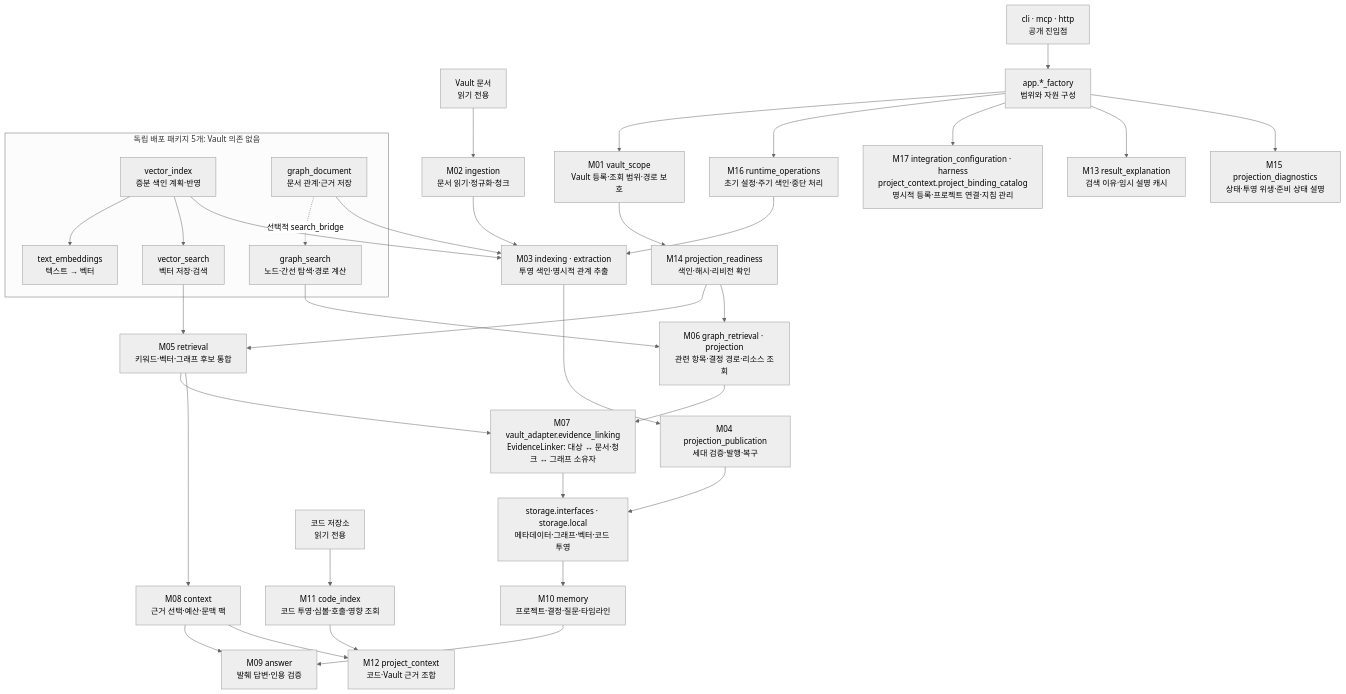
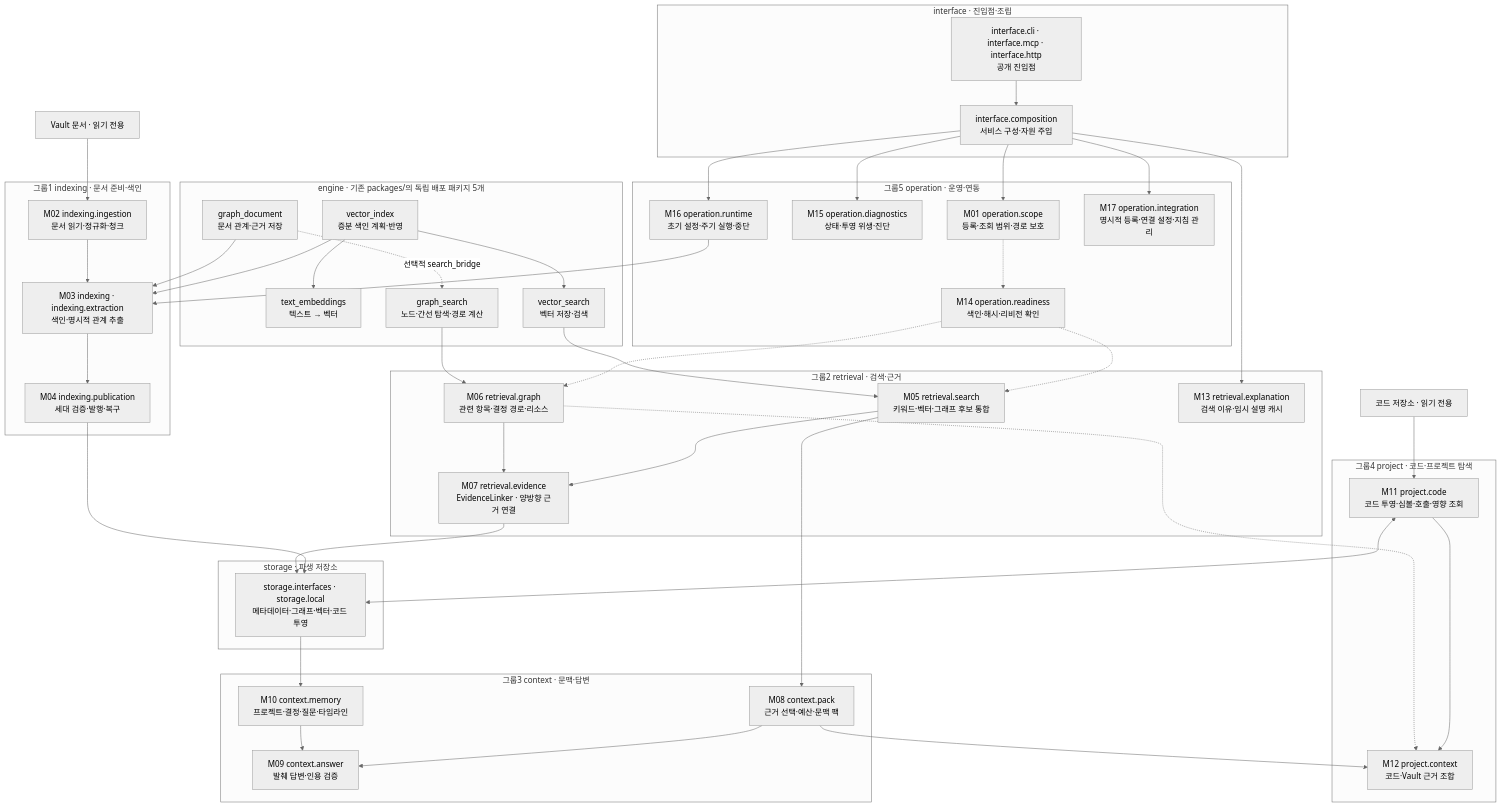
Before and after one commit to cutehackers/vault-graph: the diagram in docs/design/reports/2026-10-15-modularization-completion-ko.md, drawn with Mermaid (neutral theme). The commit also changed other lines of this file and 354 other files, not shown here.

````diff
--- a/docs/design/reports/2026-10-15-modularization-completion-ko.md
+++ b/docs/design/reports/2026-10-15-modularization-completion-ko.md
@@ -41,30 +54,55 @@
 ```mermaid
 flowchart TB
-    SOURCE["Vault 문서<br/>읽기 전용"] --> INGEST["M02 ingestion<br/>문서 읽기·정규화·청크"]
-    INGEST --> INDEX["M03 indexing · extraction<br/>투영 색인·명시적 관계 추출"]
-    INDEX --> PUBLISH["M04 projection_publication<br/>세대 검증·발행·복구"]
-    PUBLISH --> DATA["storage.interfaces · storage.local<br/>메타데이터·그래프·벡터·코드 투영"]
-    ENTRY["cli · mcp · http<br/>공개 진입점"] --> ROOT["app.*_factory<br/>범위와 자원 구성"]
-    ROOT --> SCOPE["M01 vault_scope<br/>Vault 등록·조회 범위·경로 보호"]
-    SCOPE --> READY["M14 projection_readiness<br/>색인·해시·리비전 확인"]
-    READY --> SEARCH["M05 retrieval<br/>키워드·벡터·그래프 후보 통합"]
-    READY --> GRAPH["M06 graph_retrieval · projection<br/>관련 항목·결정 경로·리소스 조회"]
-    SEARCH --> LINK["M07 vault_adapter.evidence_linking<br/>EvidenceLinker: 대상 ↔ 문서·청크 ↔ 그래프 소유자"]
-    GRAPH --> LINK
-    LINK --> DATA
-    SEARCH --> CONTEXT["M08 context<br/>근거 선택·예산·문맥 팩"]
-    DATA --> MEMORY["M10 memory<br/>프로젝트·결정·질문·타임라인"]
-    CONTEXT --> ANSWER["M09 answer<br/>발췌 답변·인용 검증"]
-    MEMORY --> ANSWER
-    REPO["코드 저장소<br/>읽기 전용"] --> CODE["M11 code_index<br/>코드 투영·심볼·호출·영향 조회"]
-    CODE --> PROJECT["M12 project_context<br/>코드·Vault 근거 조합"]
-    CONTEXT --> PROJECT
-    ROOT --> OPS["M16 runtime_operations<br/>초기 설정·주기 색인·중단 처리"]
-    ROOT --> CONFIG["M17 integration_configuration · harness<br/>project_context.project_binding_catalog<br/>명시적 등록·프로젝트 연결·지침 관리"]
-    OPS --> INDEX
-    ROOT --> EXPLAIN["M13 result_explanation<br/>검색 이유·임시 설명 캐시"]
-    ROOT --> DIAG["M15 projection_diagnostics<br/>상태·투영 위생·준비 상태 설명"]
-    subgraph PACKAGES["독립 배포 패키지 5개: Vault 의존 없음"]
+    subgraph INTERFACES["interface · 진입점·조립"]
+        ENTRY["interface.cli · interface.mcp · interface.http<br/>공개 진입점"] --> ROOT["interface.composition<br/>서비스 구성·자원 주입"]
+    end
+
+    SOURCE["Vault 문서 · 읽기 전용"]
+    REPO["코드 저장소 · 읽기 전용"]
+
+    subgraph DOCUMENT["그룹1 indexing · 문서 준비·색인"]
+        INGEST["M02 indexing.ingestion<br/>문서 읽기·정규화·청크"]
+        INDEX["M03 indexing · indexing.extraction<br/>색인·명시적 관계 추출"]
+        PUBLISH["M04 indexing.publication<br/>세대 검증·발행·복구"]
+        INGEST --> INDEX --> PUBLISH
+    end
+
+    subgraph RETRIEVAL["그룹2 retrieval · 검색·근거"]
+        SEARCH["M05 retrieval.search<br/>키워드·벡터·그래프 후보 통합"]
+        GRAPH["M06 retrieval.graph<br/>관련 항목·결정 경로·리소스"]
+        LINK["M07 retrieval.evidence<br/>EvidenceLinker · 양방향 근거 연결"]
+        EXPLAIN["M13 retrieval.explanation<br/>검색 이유·임시 설명 캐시"]
+        SEARCH --> LINK
+        GRAPH --> LINK
+    end
+
+    subgraph CONTEXT_GROUP["그룹3 context · 문맥·답변"]
+        CONTEXT["M08 context.pack<br/>근거 선택·예산·문맥 팩"]
+        MEMORY["M10 context.memory<br/>프로젝트·결정·질문·타임라인"]
+        ANSWER["M09 context.answer<br/>발췌 답변·인용 검증"]
+        CONTEXT --> ANSWER
+        MEMORY --> ANSWER
+    end
+
+    subgraph PROJECT_GROUP["그룹4 project · 코드·프로젝트 탐색"]
+        CODE["M11 project.code<br/>코드 투영·심볼·호출·영향 조회"]
+        PROJECT["M12 project.context<br/>코드·Vault 근거 조합"]
+        CODE --> PROJECT
+    end
+
+    subgraph OPERATIONS["그룹5 operation · 운영·연동"]
+        SCOPE["M01 operation.scope<br/>등록·조회 범위·경로 보호"]
+        READY["M14 operation.readiness<br/>색인·해시·리비전 확인"]
+        DIAG["M15 operation.diagnostics<br/>상태·투영 위생·진단"]
+        OPS["M16 operation.runtime<br/>초기 설정·주기 실행·중단"]
+        CONFIG["M17 operation.integration<br/>명시적 등록·연결 설정·지침 관리"]
+    end
+
+    subgraph STORAGE["storage · 파생 저장소"]
+        DATA["storage.interfaces · storage.local<br/>메타데이터·그래프·벡터·코드 투영"]
+    end
+
+    subgraph PACKAGES["engine · 기존 packages/의 독립 배포 패키지 5개"]
         TE["text_embeddings<br/>텍스트 → 벡터"]
         VS["vector_search<br/>벡터 저장·검색"]
         VI["vector_index<br/>증분 색인 계획·반영"]
@@ -74,6 +112,25 @@
         VI --> VS
         GD -. "선택적 search_bridge" .-> GS
     end
+
+    SOURCE --> INGEST
+    REPO --> CODE
+    PUBLISH --> DATA
+    DATA --> MEMORY
+    CODE <--> DATA
+    ROOT --> SCOPE
+    SCOPE -.-> READY
+    READY -.-> SEARCH
+    READY -.-> GRAPH
+    ROOT --> OPS
+    ROOT --> CONFIG
+    ROOT --> DIAG
+    ROOT --> EXPLAIN
+    OPS --> INDEX
+    LINK --> DATA
+    SEARCH --> CONTEXT
+    CONTEXT --> PROJECT
+    GRAPH -.-> PROJECT
     VI --> INDEX
     GD --> INDEX
     VS --> SEARCH
````
